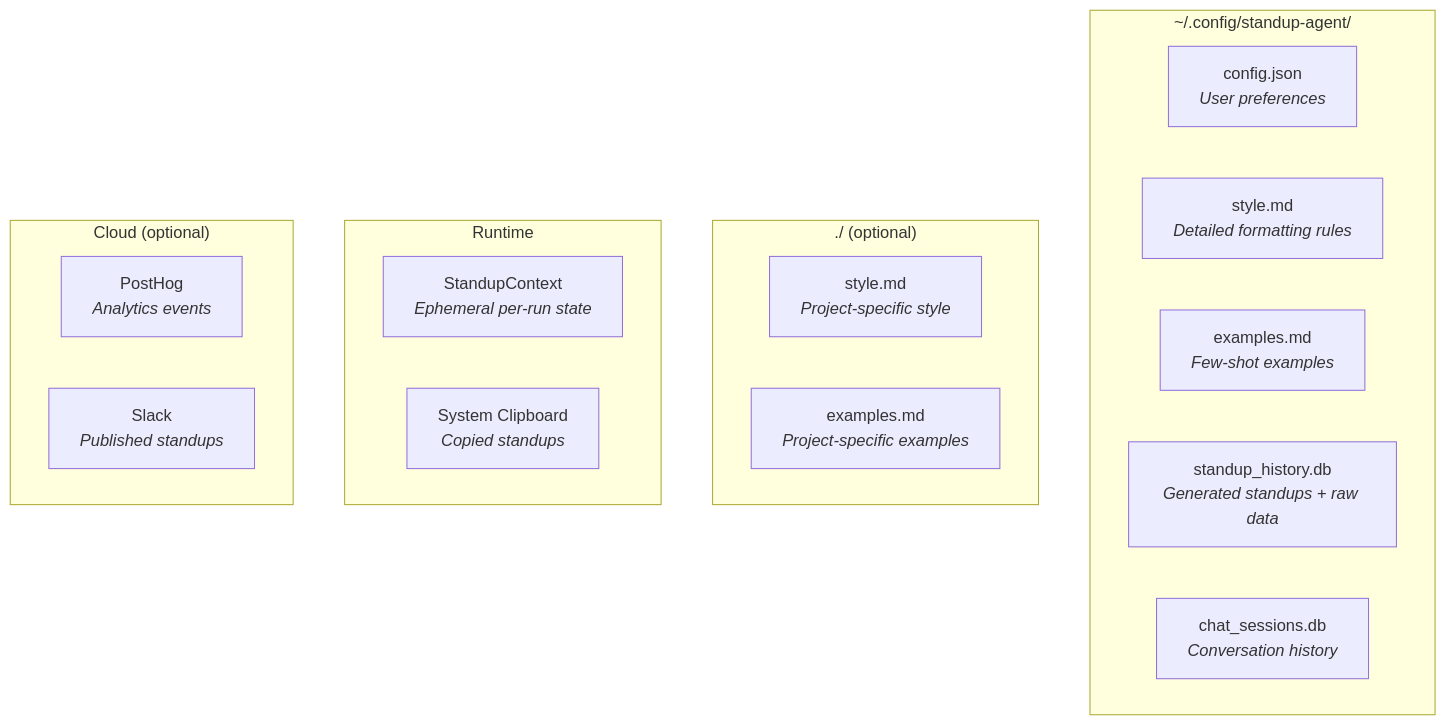
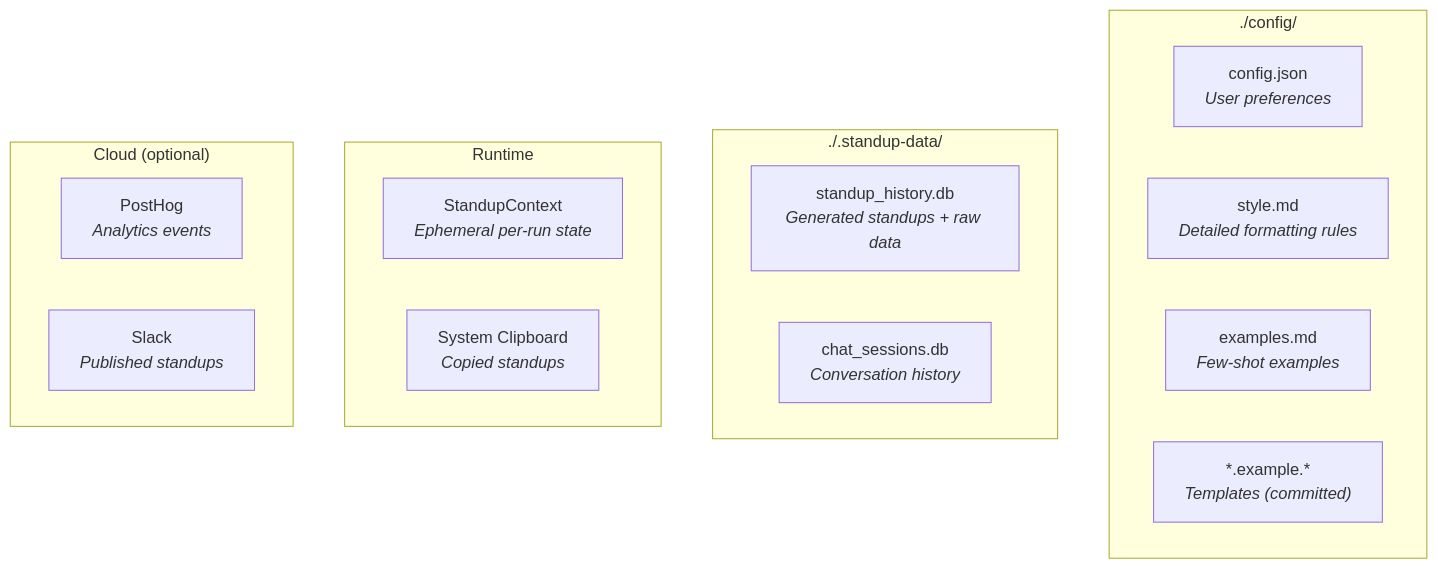
One commit to andrewm4894/github-standup-agent changed the seventh of 8 diagrams in ARCHITECTURE.md. Above: the diagram before and after it, drawn with Mermaid. The commit also changed other lines of this file and 9 other files, not shown here.

First line of the commit message:
feat: move config to local ./config/ directory with env var priority

````diff
--- a/ARCHITECTURE.md
+++ b/ARCHITECTURE.md
@@ -254,25 +254,24 @@
 ```mermaid
 flowchart TB
-    subgraph ConfigDir["~/.config/standup-agent/"]
+    subgraph ConfigDir["./config/"]
         config_json["config.json<br/><i>User preferences</i>"]
         style_md["style.md<br/><i>Detailed formatting rules</i>"]
         examples_md["examples.md<br/><i>Few-shot examples</i>"]
+        config_example["*.example.*<br/><i>Templates (committed)</i>"]
+    end
+
+    subgraph DataDir["./.standup-data/"]
         history_db["standup_history.db<br/><i>Generated standups + raw data</i>"]
         sessions_db["chat_sessions.db<br/><i>Conversation history</i>"]
-    end
-
-    subgraph LocalDir["./  (optional)"]
-        local_style["style.md<br/><i>Project-specific style</i>"]
-        local_examples["examples.md<br/><i>Project-specific examples</i>"]
     end
 
     subgraph Runtime["Runtime"]
         context["StandupContext<br/><i>Ephemeral per-run state</i>"]
         clipboard["System Clipboard<br/><i>Copied standups</i>"]
     end
 
     subgraph Cloud["Cloud (optional)"]
         posthog["PostHog<br/><i>Analytics events</i>"]
         slack["Slack<br/><i>Published standups</i>"]
     end
 ```
````
